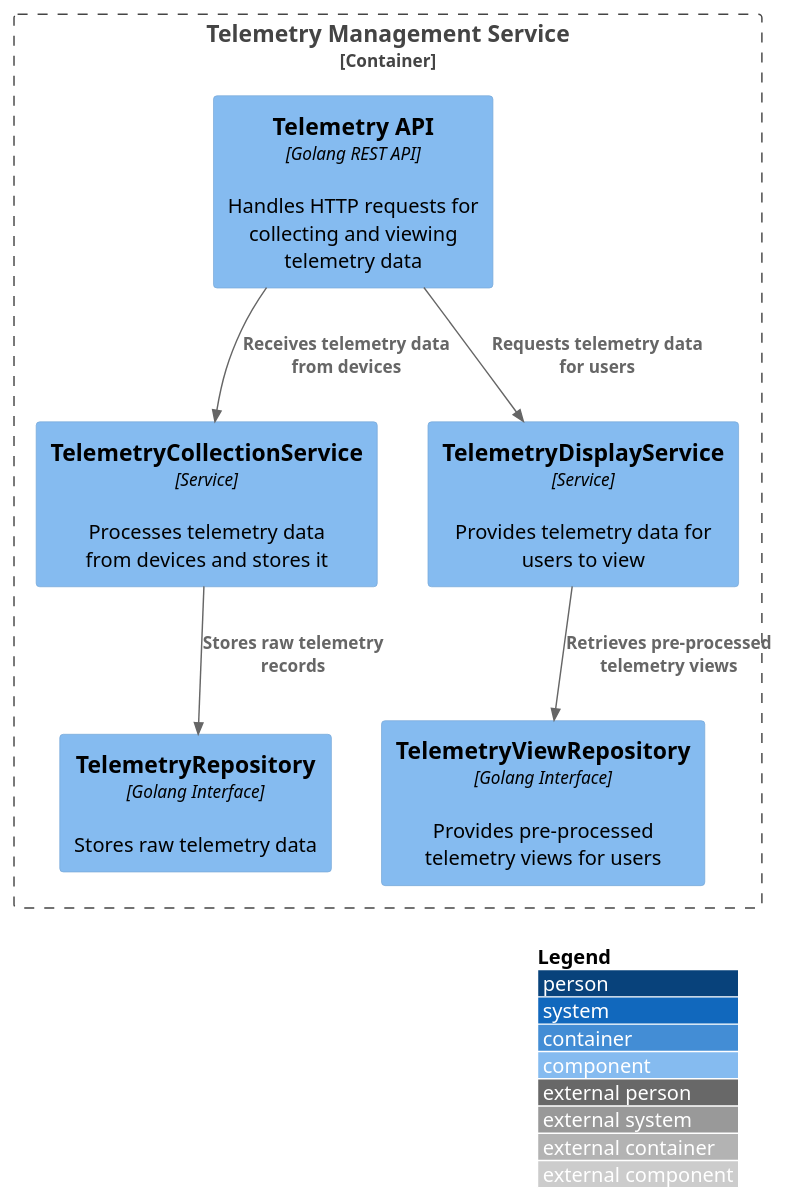
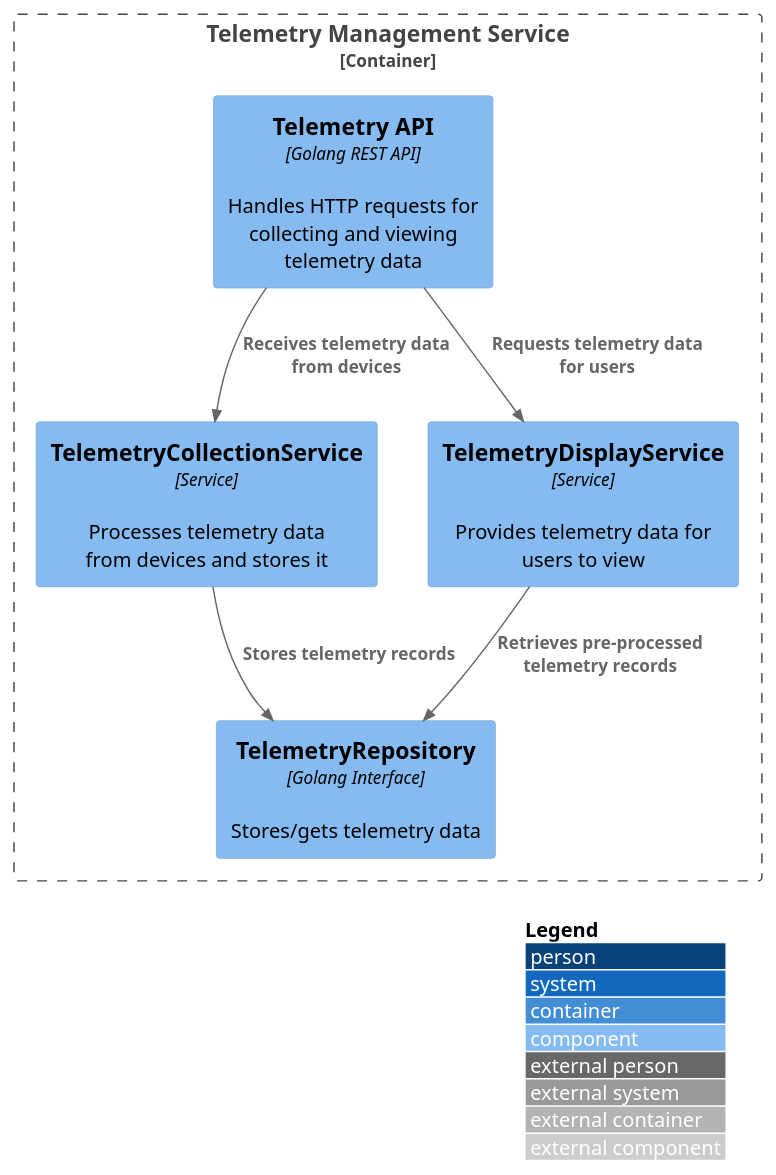
One commit to vladmsnk/microservices changed the diagram in diagrams/telemetry_component_diagram.puml. Above: the diagram before and after it, drawn with PlantUML. The commit also changed 17 other files, not shown here.

```diff
--- a/diagrams/telemetry_component_diagram.puml
+++ b/diagrams/telemetry_component_diagram.puml
@@ -1,19 +1,18 @@
 @startuml
 !include https://raw.githubusercontent.com/plantuml-stdlib/C4-PlantUML/master/C4_Component.puml
 
 LAYOUT_WITH_LEGEND()
 
 Container_Boundary(telemetryService, "Telemetry Management Service") {
     Component(api, "Telemetry API", "Golang REST API", "Handles HTTP requests for collecting and viewing telemetry data")
     Component(telemetryCollectionService, "TelemetryCollectionService", "Service", "Processes telemetry data from devices and stores it")
     Component(telemetryDisplayService, "TelemetryDisplayService", "Service", "Provides telemetry data for users to view")
-    Component(telemetryRepository, "TelemetryRepository", "Golang Interface", "Stores raw telemetry data")
-    Component(telemetryViewRepository, "TelemetryViewRepository", "Golang Interface", "Provides pre-processed telemetry views for users")
+    Component(telemetryRepository, "TelemetryRepository", "Golang Interface", "Stores/gets telemetry data")
 }
 
 Rel(api, telemetryCollectionService, "Receives telemetry data from devices")
 Rel(api, telemetryDisplayService, "Requests telemetry data for users")
-Rel(telemetryCollectionService, telemetryRepository, "Stores raw telemetry records")
-Rel(telemetryDisplayService, telemetryViewRepository, "Retrieves pre-processed telemetry views")
+Rel(telemetryCollectionService, telemetryRepository, "Stores telemetry records")
+Rel(telemetryDisplayService, telemetryRepository, "Retrieves pre-processed telemetry records")
 
 @enduml
```
